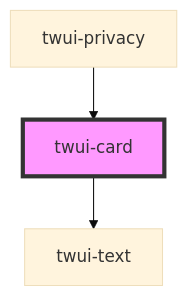
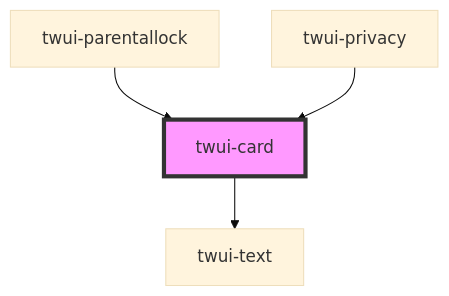
One commit to frostaura/TaleWeaver changed the diagram in src/frontend/src/components/twui/src/components/organisms/card/readme.md. Above: the diagram before and after it, drawn with Mermaid (base theme). The commit also changed other lines of this file and 12 other files, not shown here.

````diff
--- a/src/frontend/src/components/twui/src/components/organisms/card/readme.md
+++ b/src/frontend/src/components/twui/src/components/organisms/card/readme.md
@@ -27,6 +28,7 @@
 ```mermaid
 graph TD;
   twui-card --> twui-text
+  twui-parentallock --> twui-card
   twui-privacy --> twui-card
   style twui-card fill:#f9f,stroke:#333,stroke-width:4px
 ```
````
